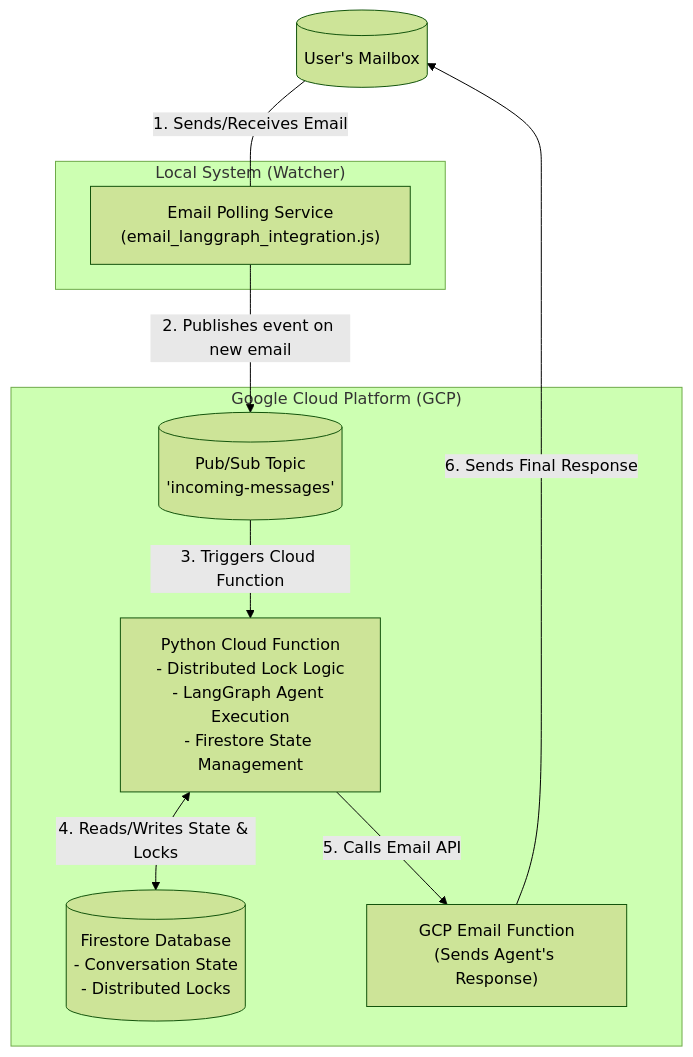
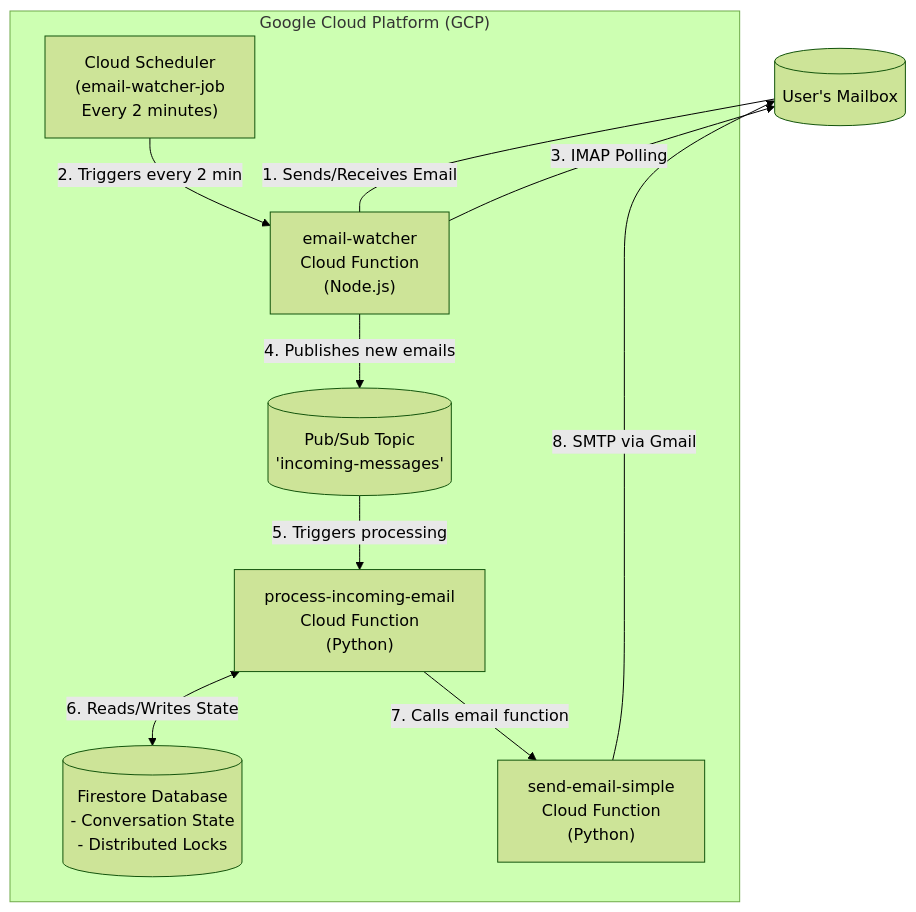
The diagram in architecture.mmd (ricgene/lgraph-singleNode), drawn with Mermaid (forest theme) before and after one commit. The commit also changed 8 other files, not shown here.

Commit message:
cleaned up readme, mermaid, and deployed to cloud

```diff
--- a/architecture.mmd
+++ b/architecture.mmd
@@ -1,23 +1,23 @@
 %% You can view and edit this diagram in your browser using the Mermaid Live Editor:
 %% https://mermaid.live
 
 graph TD
     User[("User's Mailbox")]
 
-    subgraph "Local System (Watcher)"
-        Watcher["Email Polling Service<br/>(email_langgraph_integration.js)"]
-    end
-    
     subgraph "Google Cloud Platform (GCP)"
+        Scheduler["Cloud Scheduler<br/>(email-watcher-job<br/>Every 2 minutes)"]
+        WatcherFunc["email-watcher<br/>Cloud Function<br/>(Node.js)"]
         PubSub[("Pub/Sub Topic<br/>'incoming-messages'")]
-        CloudFunc["Python Cloud Function<br/>- Distributed Lock Logic<br/>- LangGraph Agent Execution<br/>- Firestore State Management"]
+        ProcessFunc["process-incoming-email<br/>Cloud Function<br/>(Python)"]
+        EmailFunc["send-email-simple<br/>Cloud Function<br/>(Python)"]
         Firestore[("Firestore Database<br/>- Conversation State<br/>- Distributed Locks")]
-        EmailFunc["GCP Email Function<br/>(Sends Agent's Response)"]
     end
 
-    User -- "1. Sends/Receives Email" --- Watcher
-    Watcher -- "2. Publishes event on new email" --> PubSub
-    PubSub -- "3. Triggers Cloud Function" --> CloudFunc
-    CloudFunc -- "4. Reads/Writes State & Locks" <--> Firestore
-    CloudFunc -- "5. Calls Email API" --> EmailFunc
-    EmailFunc -- "6. Sends Final Response" --> User 
+    User -- "1. Sends/Receives Email" --- WatcherFunc
+    Scheduler -- "2. Triggers every 2 min" --> WatcherFunc
+    WatcherFunc -- "3. IMAP Polling" --> User
+    WatcherFunc -- "4. Publishes new emails" --> PubSub
+    PubSub -- "5. Triggers processing" --> ProcessFunc
+    ProcessFunc -- "6. Reads/Writes State" <--> Firestore
+    ProcessFunc -- "7. Calls email function" --> EmailFunc
+    EmailFunc -- "8. SMTP via Gmail" --> User 
```
